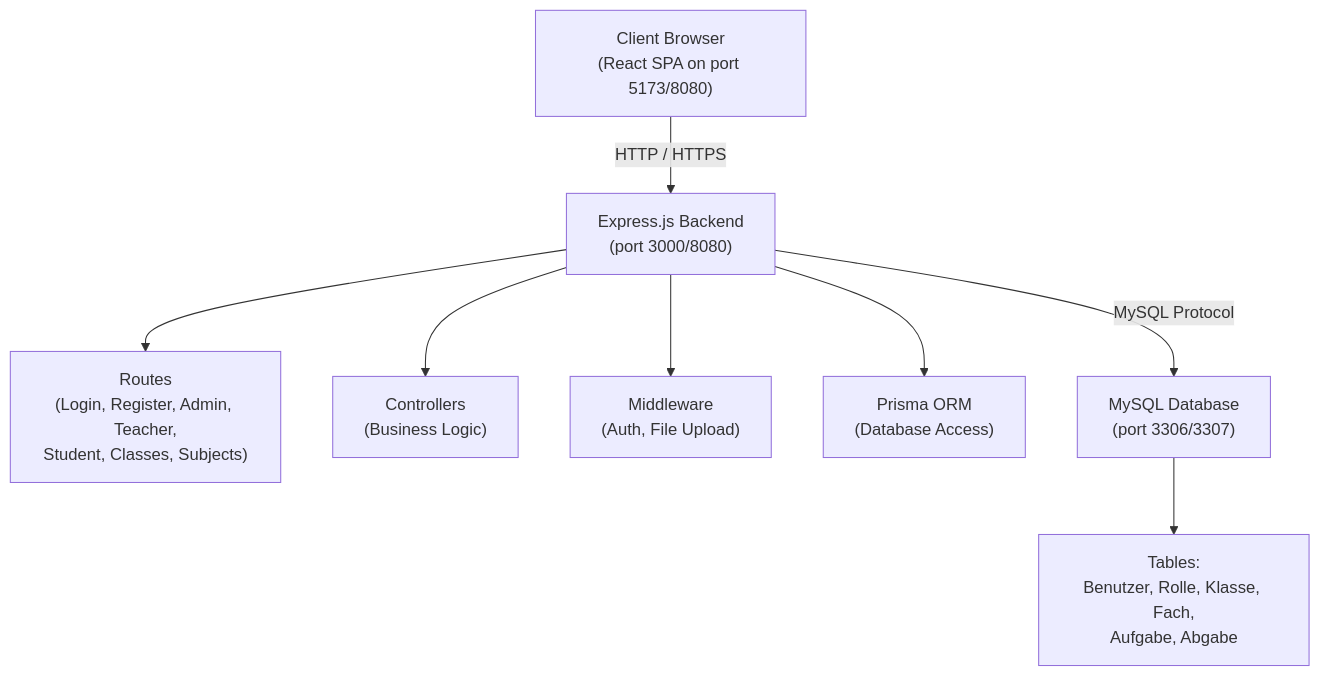
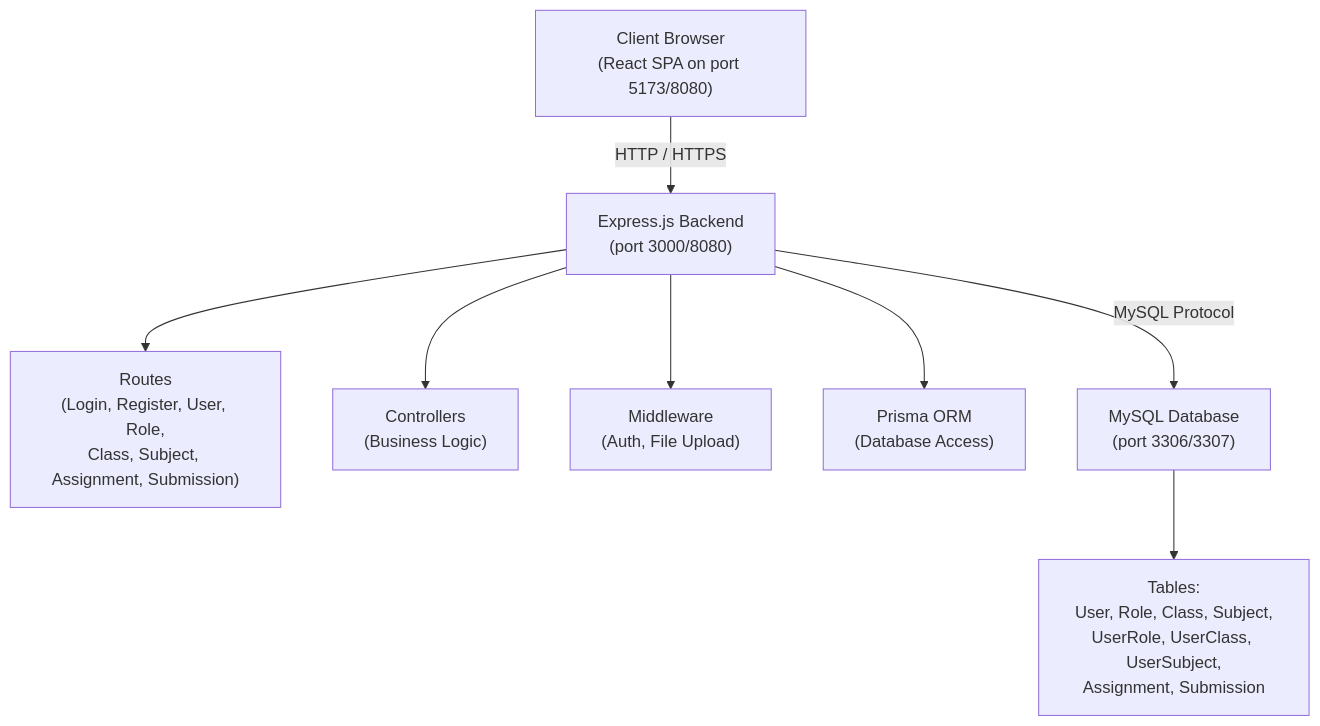
The first of 3 diagrams in README.md (HTLBulme/SmartSubmit), drawn with Mermaid before and after one commit. The commit also changed other lines of this file and 1 other file, not shown here.

````diff
--- a/README.md
+++ b/README.md
@@ -116,30 +116,30 @@
 ```mermaid
 flowchart TB
 
     A["Client Browser<br/>(React SPA on port 5173/8080)"]
 
     B["Express.js Backend<br/>(port 3000/8080)"]
 
-    B1["Routes<br/>(Login, Register, Admin, Teacher,<br/>Student, Classes, Subjects)"]
+    B1["Routes<br/>(Login, Register, User, Role,<br/>Class, Subject, Assignment, Submission)"]
 
     B2["Controllers<br/>(Business Logic)"]
 
     B3["Middleware<br/>(Auth, File Upload)"]
 
     B4["Prisma ORM<br/>(Database Access)"]
 
     C["MySQL Database<br/>(port 3306/3307)"]
 
-    C1["Tables:<br/>Benutzer, Rolle, Klasse, Fach,<br/>Aufgabe, Abgabe"]
+    C1["Tables:<br/>User, Role, Class, Subject,<br/>UserRole, UserClass, UserSubject,<br/>Assignment, Submission"]
 
     A -->|"HTTP / HTTPS"| B
 
     B --> B1
     B --> B2
     B --> B3
     B --> B4
 
     B -->|"MySQL Protocol"| C
 
     C --> C1
 ```
````
